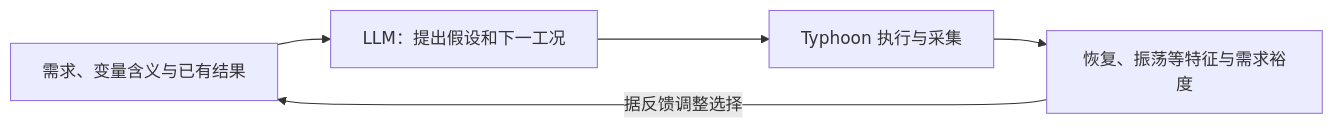
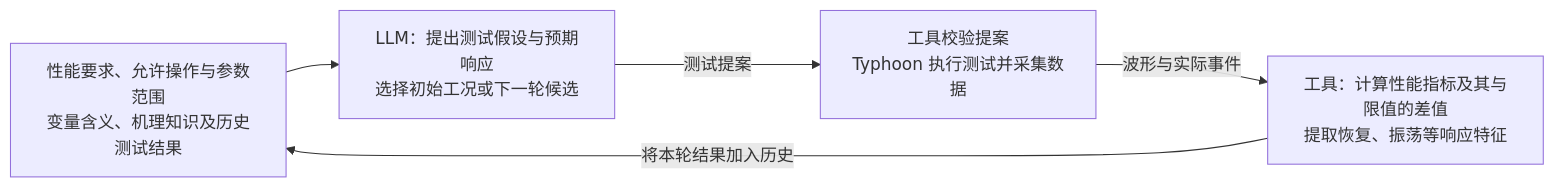
The second of 3 diagrams in docs/research/2026-11-11-hil-ai-selection/discussion-brief.md (LYX2LK/Typhoon-HIL-lab-workflow), drawn with Mermaid before and after one commit. The commit also changed other lines of this file and 14 other files, not shown here.

First line of the commit message:
docs(research): 深化 HIL 大模型方法设计并完善方案与流程图

````diff
--- a/docs/research/2026-11-11-hil-ai-selection/discussion-brief.md
+++ b/docs/research/2026-11-11-hil-ai-selection/discussion-brief.md
@@ -36,7 +53,7 @@
 ```mermaid
 flowchart LR
-    A["需求、变量含义与已有结果"] --> B["LLM：提出假设和下一工况"]
-    B --> C["Typhoon 执行与采集"]
-    C --> D["恢复、振荡等特征与需求裕度"]
-    D -->|据反馈调整选择| A
+    A["性能要求、允许操作与参数范围<br/>变量含义、机理知识及历史测试结果"] --> B["LLM：提出测试假设与预期响应<br/>选择初始工况或下一轮候选"]
+    B -->|测试提案| C["工具校验提案<br/>Typhoon 执行测试并采集数据"]
+    C -->|波形与实际事件| D["工具：计算性能指标及其与限值的差值<br/>提取恢复、振荡等响应特征"]
+    D -->|将本轮结果加入历史| A
 ```
````
